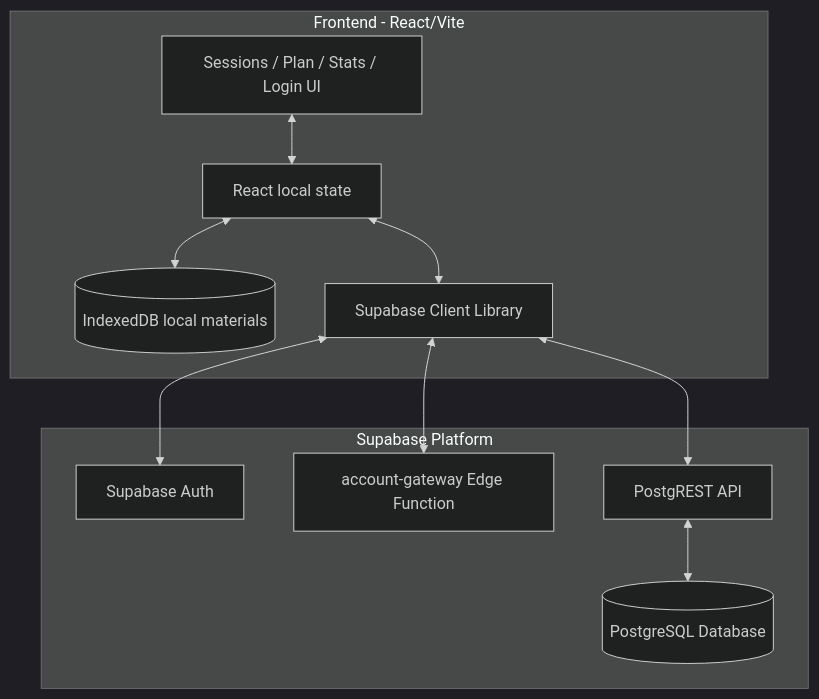
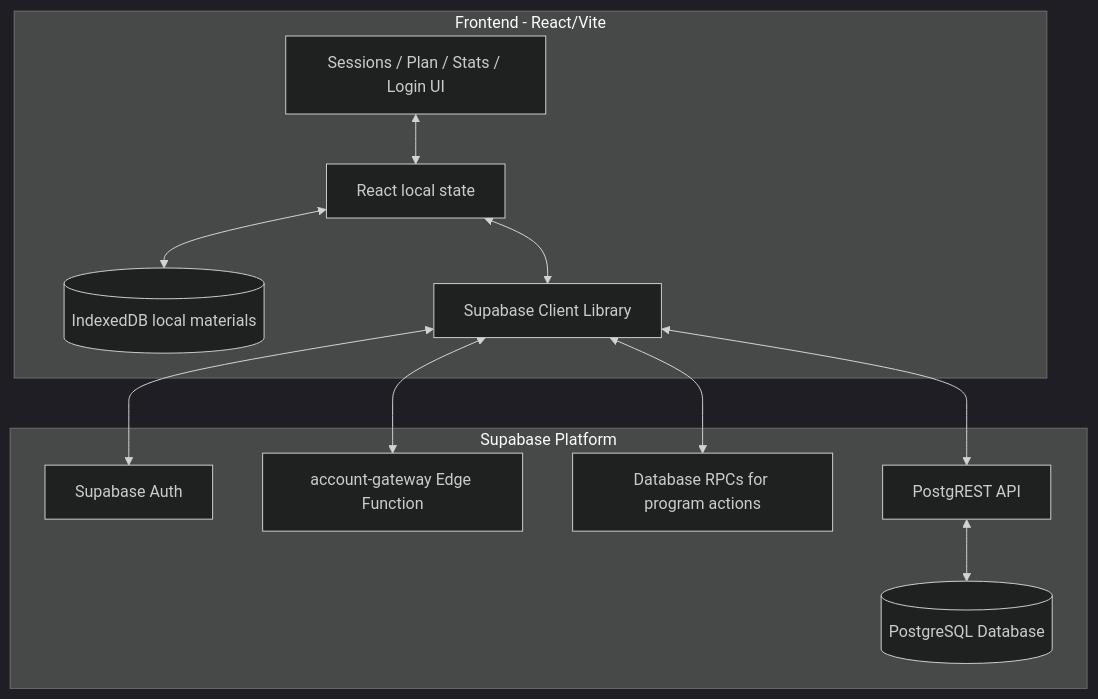
Before and after one commit to pro100seva-stack/guitar-practice-hub: the diagram in docs/architecture.md, drawn with Mermaid (dark theme). The commit also changed other lines of this file and 25 other files, not shown here.

````diff
--- a/docs/architecture.md
+++ b/docs/architecture.md
@@ -7,24 +7,26 @@
 ```mermaid
 graph TD
     subgraph Client_Side [Frontend - React/Vite]
         UI[Sessions / Plan / Stats / Login UI]
         State[React local state]
         LocalStore[(IndexedDB local materials)]
         SupabaseClient[Supabase Client Library]
     end
 
     subgraph Backend_as_a_Service [Supabase Platform]
         Auth[Supabase Auth]
         Edge[account-gateway Edge Function]
+        RPC[Database RPCs for program actions]
         API[PostgREST API]
         DB[(PostgreSQL Database)]
     end
 
     UI <--> State
     State <--> SupabaseClient
     State <--> LocalStore
     SupabaseClient <--> Auth
     SupabaseClient <--> Edge
+    SupabaseClient <--> RPC
     SupabaseClient <--> API
     API <--> DB
 ```
````
